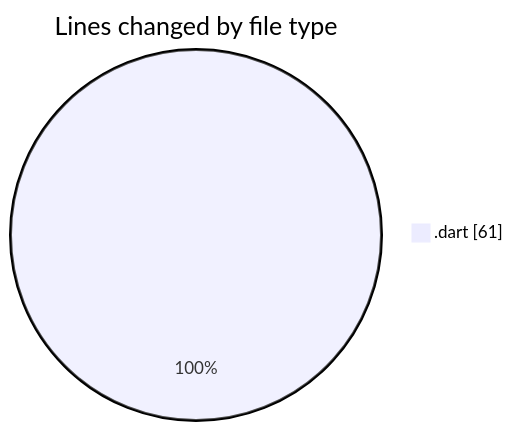
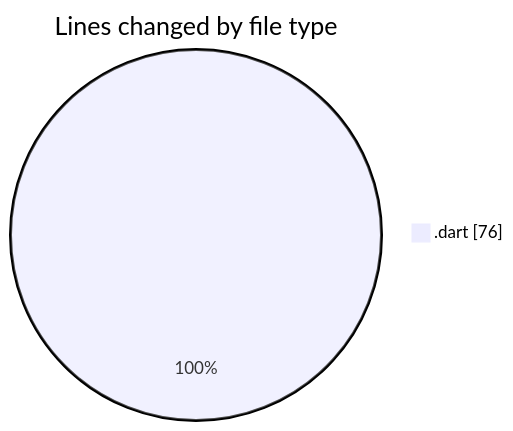
The first of 2 diagrams in 2025-02-26/drivers_app/README.md (donsfak/code-tracking), drawn with Mermaid before and after one commit. The commit also changed other lines of this file and 1 other file, not shown here.

````diff
--- a/2025-02-26/drivers_app/README.md
+++ b/2025-02-26/drivers_app/README.md
@@ -21,5 +21,5 @@
 ```mermaid
 pie showData
 title Lines changed by file type
-".dart" : 61
+".dart" : 76
 ```
````
